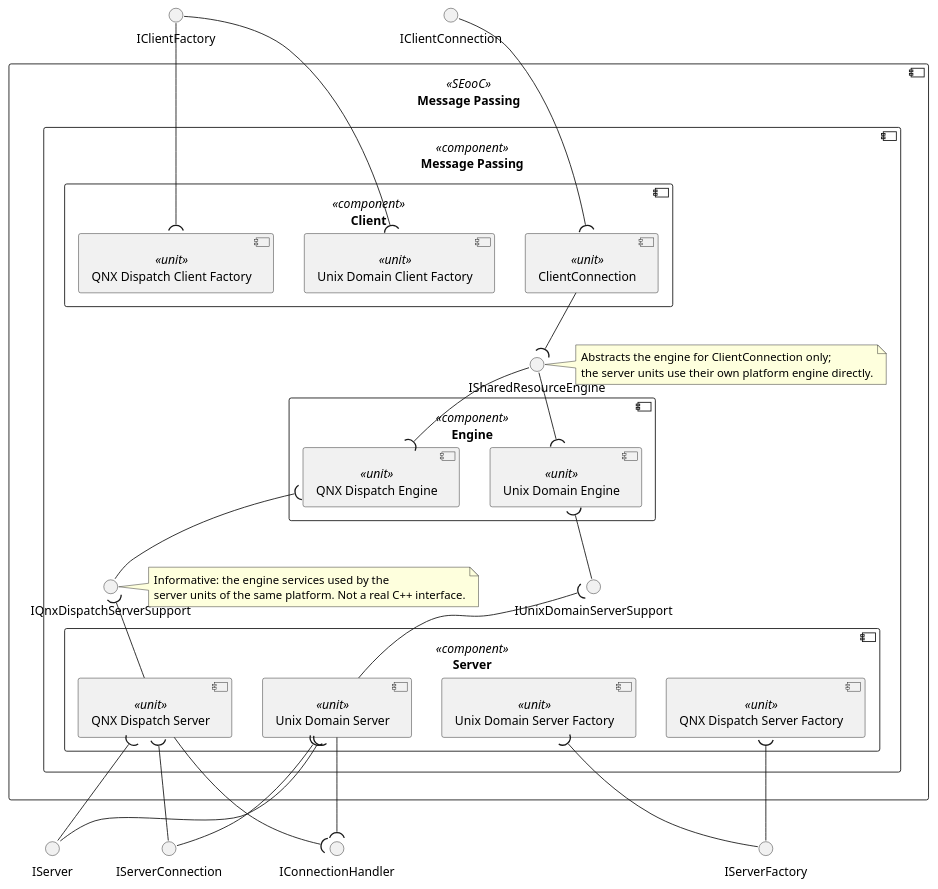
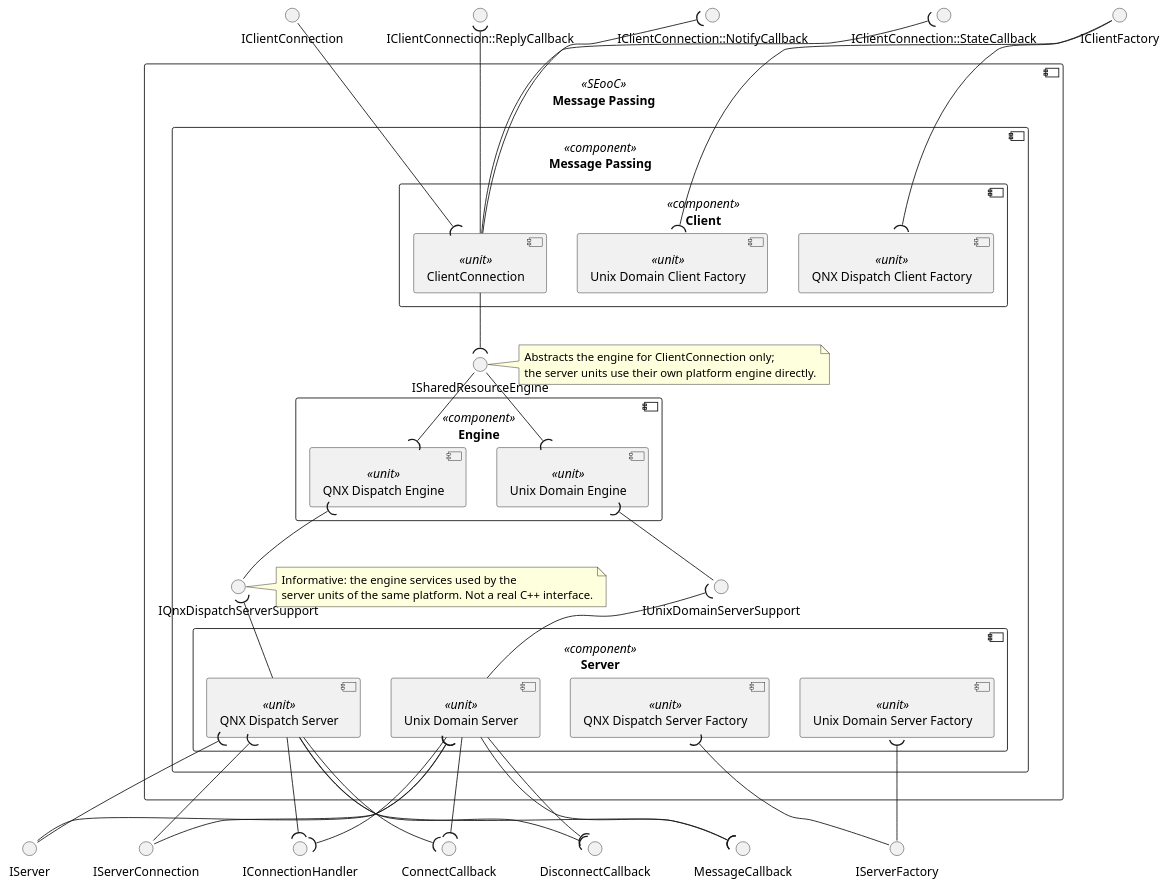
One commit to eclipse-score/communication changed the diagram in score/message_passing/dependability/software_architectural_design/static_design.puml. Above: the diagram before and after it, drawn with PlantUML. The commit also changed 4 other files, not shown here.

```diff
--- a/score/message_passing/dependability/software_architectural_design/static_design.puml
+++ b/score/message_passing/dependability/software_architectural_design/static_design.puml
@@ -14,80 +14,102 @@
 @startuml
 
 interface "IClientConnection" as IClientConnection
 interface "IClientFactory" as IClientFactory
 interface "IServer" as IServer
 interface "IServerFactory" as IServerFactory
 interface "IServerConnection" as IServerConnection
 interface "IConnectionHandler" as IConnectionHandler
+interface "IClientConnection::StateCallback" as StateCallback
+interface "IClientConnection::NotifyCallback" as NotifyCallback
+interface "IClientConnection::ReplyCallback" as ReplyCallback
+interface "ConnectCallback" as ConnectCallback
+interface "DisconnectCallback" as DisconnectCallback
+interface "MessageCallback" as MessageCallback
 
 component "Message Passing" as dependable_element_message_passing <<SEooC>> {
 
     component "Message Passing" as component_message_passing <<component>> {
 
         component "Client" as client <<component>> {
             component "ClientConnection" as client_connection <<unit>>
             component "Unix Domain Client Factory" as unix_domain_client_factory <<unit>>
             component "QNX Dispatch Client Factory" as qnx_dispatch_client_factory <<unit>>
         }
 
         component "Engine" as engine <<component>> {
             component "Unix Domain Engine" as unix_domain_engine <<unit>>
             component "QNX Dispatch Engine" as qnx_dispatch_engine <<unit>>
         }
 
         component "Server" as server <<component>> {
             component "Unix Domain Server" as unix_domain_server <<unit>>
             component "QNX Dispatch Server" as qnx_dispatch_server <<unit>>
             component "Unix Domain Server Factory" as unix_domain_server_factory <<unit>>
             component "QNX Dispatch Server Factory" as qnx_dispatch_server_factory <<unit>>
         }
 
         interface "ISharedResourceEngine" as ISharedResourceEngine
         interface "IUnixDomainServerSupport" as IUnixDomainServerSupport
         interface "IQnxDispatchServerSupport" as IQnxDispatchServerSupport
         note right of ISharedResourceEngine : Abstracts the engine for ClientConnection only;\nthe server units use their own platform engine directly.
         note right of IQnxDispatchServerSupport : Informative: the engine services used by the\nserver units of the same platform. Not a real C++ interface.
 
         client_connection -d-( ISharedResourceEngine
         unix_domain_engine )-u- ISharedResourceEngine
         qnx_dispatch_engine )-u- ISharedResourceEngine
 
         unix_domain_server -u-( IUnixDomainServerSupport
         unix_domain_engine )-d- IUnixDomainServerSupport
 
         qnx_dispatch_server -u-( IQnxDispatchServerSupport
         qnx_dispatch_engine )-d- IQnxDispatchServerSupport
 
         qnx_dispatch_client_factory -l[hidden]- unix_domain_client_factory
         unix_domain_client_factory -l[hidden]- client_connection
 
         unix_domain_engine -l[hidden]- qnx_dispatch_engine
 
         unix_domain_server -l[hidden]- qnx_dispatch_server
         qnx_dispatch_server -l[hidden]- unix_domain_server_factory
         qnx_dispatch_server_factory -l[hidden]- unix_domain_server_factory
     }
 }
 
 client_connection )-u- IClientConnection
 unix_domain_client_factory )-u- IClientFactory
 qnx_dispatch_client_factory )-u- IClientFactory
 
 unix_domain_server )-d- IServer
 qnx_dispatch_server )-d- IServer
 unix_domain_server )-d- IServerConnection
 qnx_dispatch_server )-d- IServerConnection
 unix_domain_server_factory )-d- IServerFactory
 qnx_dispatch_server_factory )-d- IServerFactory
 unix_domain_server -d-( IConnectionHandler
 qnx_dispatch_server -d-( IConnectionHandler
 
+client_connection -u-( StateCallback
+client_connection -u-( NotifyCallback
+client_connection -u-( ReplyCallback
+unix_domain_server -d-( ConnectCallback
+unix_domain_server -d-( DisconnectCallback
+unix_domain_server -d-( MessageCallback
+qnx_dispatch_server -d-( ConnectCallback
+qnx_dispatch_server -d-( DisconnectCallback
+qnx_dispatch_server -d-( MessageCallback
+
 ' SEooC boundary relations (not drawn; the interfaces above cross the boundary)
 dependable_element_message_passing -[hidden]- IClientConnection
 dependable_element_message_passing -[hidden]- IClientFactory
 dependable_element_message_passing -[hidden]- IServer
 dependable_element_message_passing -[hidden]- IServerFactory
 dependable_element_message_passing -[hidden]- IServerConnection
 dependable_element_message_passing -[hidden]- IConnectionHandler
+dependable_element_message_passing -[hidden]- StateCallback
+dependable_element_message_passing -[hidden]- NotifyCallback
+dependable_element_message_passing -[hidden]- ReplyCallback
+dependable_element_message_passing -[hidden]- ConnectCallback
+dependable_element_message_passing -[hidden]- DisconnectCallback
+dependable_element_message_passing -[hidden]- MessageCallback
 
 @enduml
```
